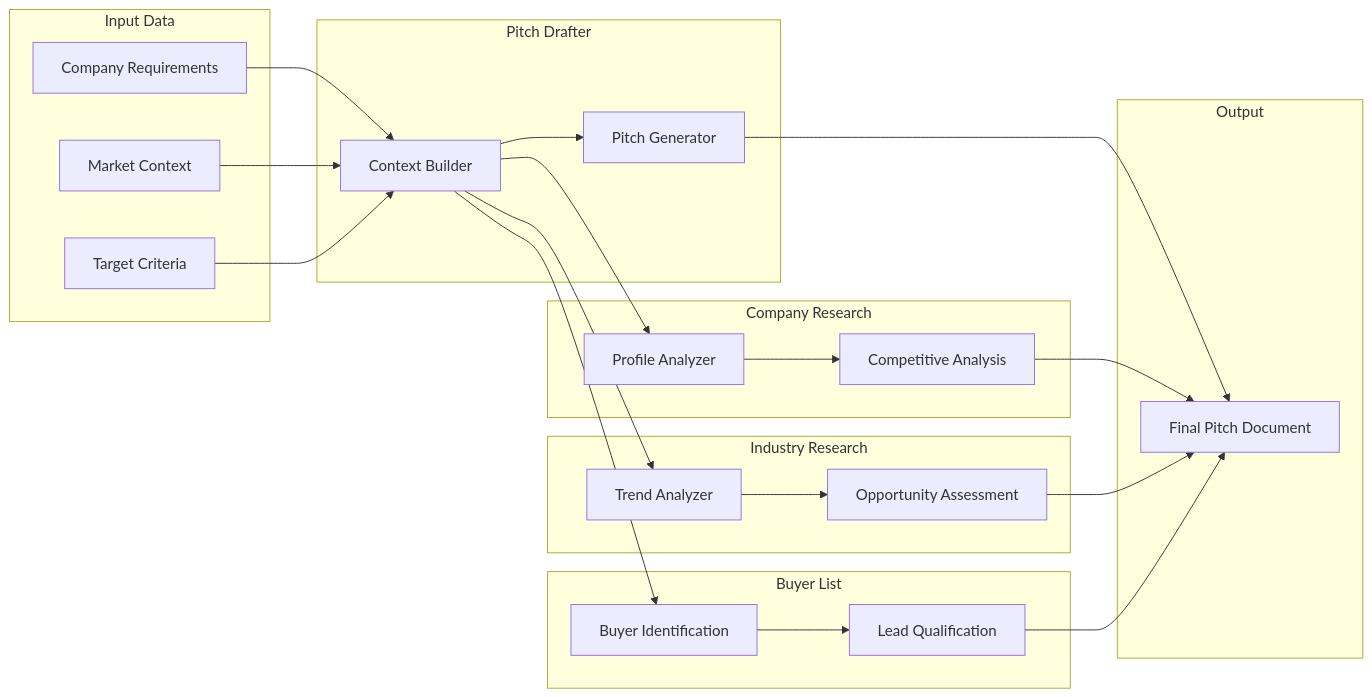
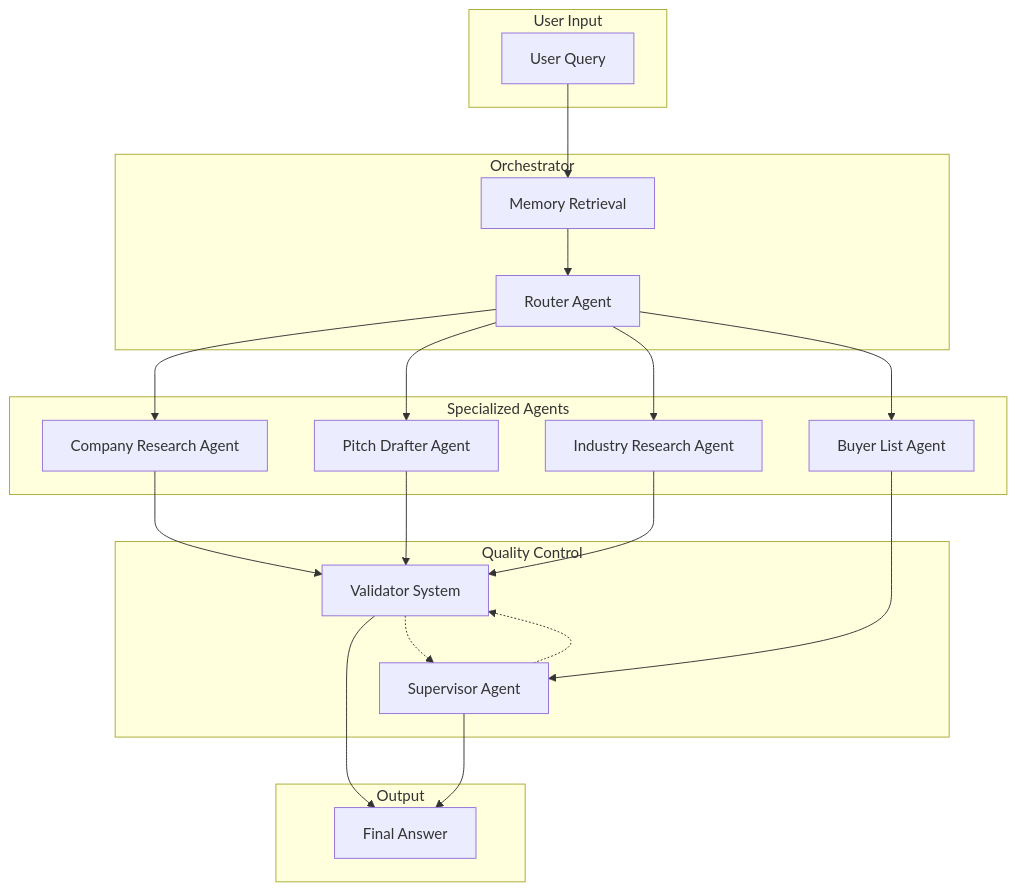
Before and after one commit to BraeAndFriends/prompt-registry: the diagram in docs/overview/flows.md, drawn with Mermaid. The commit also changed other lines of this file and 19 other files, not shown here.

````diff
--- a/docs/overview/flows.md
+++ b/docs/overview/flows.md
@@ -77,50 +128,45 @@
 ```mermaid
-graph LR
-    subgraph "Input Data"
-        IN1[Company Requirements]
-        IN2[Market Context]
-        IN3[Target Criteria]
+graph TD
+    subgraph "User Input"
+        UI[User Query]
     end
 
-    subgraph "Pitch Drafter"
-        PD1[Context Builder]
-        PD2[Pitch Generator]
+    subgraph "Orchestrator"
+        OR[Router Agent]
+        MEM[Memory Retrieval]
     end
 
-    subgraph "Company Research"
-        CR1[Profile Analyzer]
-        CR2[Competitive Analysis]
+    subgraph "Specialized Agents"
+        CR[Company Research Agent]
+        PD[Pitch Drafter Agent]
+        IR[Industry Research Agent]
+        BL[Buyer List Agent]
     end
 
-    subgraph "Industry Research"
-        IR1[Trend Analyzer]
-        IR2[Opportunity Assessment]
-    end
-
-    subgraph "Buyer List"
-        BL1[Buyer Identification]
-        BL2[Lead Qualification]
+    subgraph "Quality Control"
+        VAL[Validator System]
+        SUP[Supervisor Agent]
     end
 
     subgraph "Output"
-        OUT[Final Pitch Document]
+        ANS[Final Answer]
     end
 
-    IN1 --> PD1
-    IN2 --> PD1
-    IN3 --> PD1
+    UI --> MEM
+    MEM --> OR
+    OR --> CR
+    OR --> PD
+    OR --> IR
+    OR --> BL
 
-    PD1 --> PD2
-    PD1 --> CR1
-    PD1 --> IR1
-    PD1 --> BL1
+    CR --> VAL
+    PD --> VAL
+    IR --> VAL
+    BL --> SUP
 
-    CR1 --> CR2
-    IR1 --> IR2
-    BL1 --> BL2
+    VAL --> ANS
+    SUP --> ANS
 
-    PD2 --> OUT
-    CR2 --> OUT
-    IR2 --> OUT
-    BL2 --> OUT
+    VAL -.-> SUP
+    SUP -.-> VAL
 ```
````
